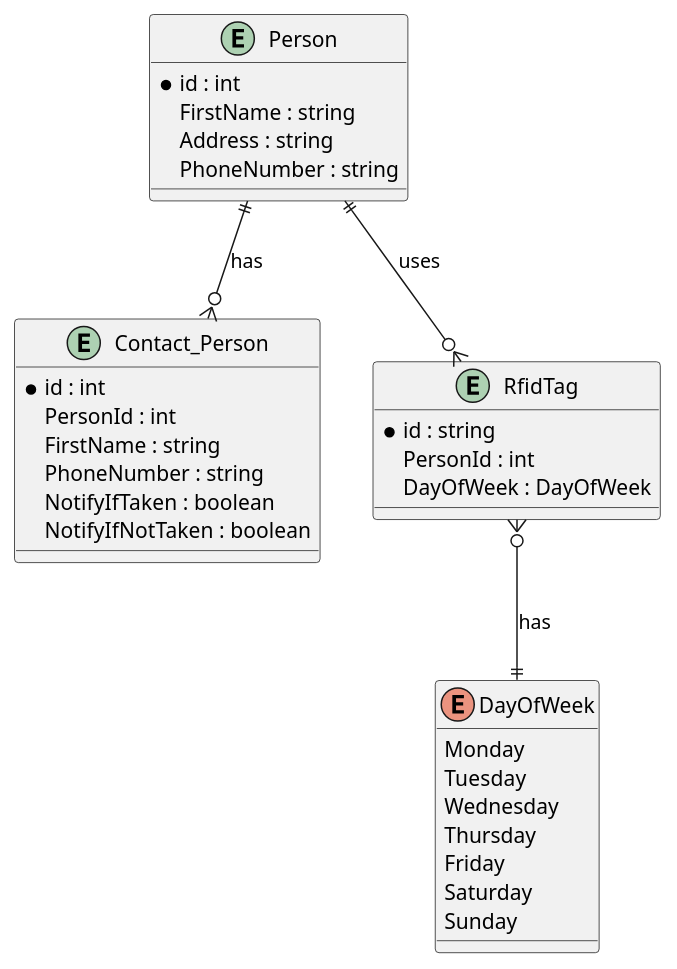
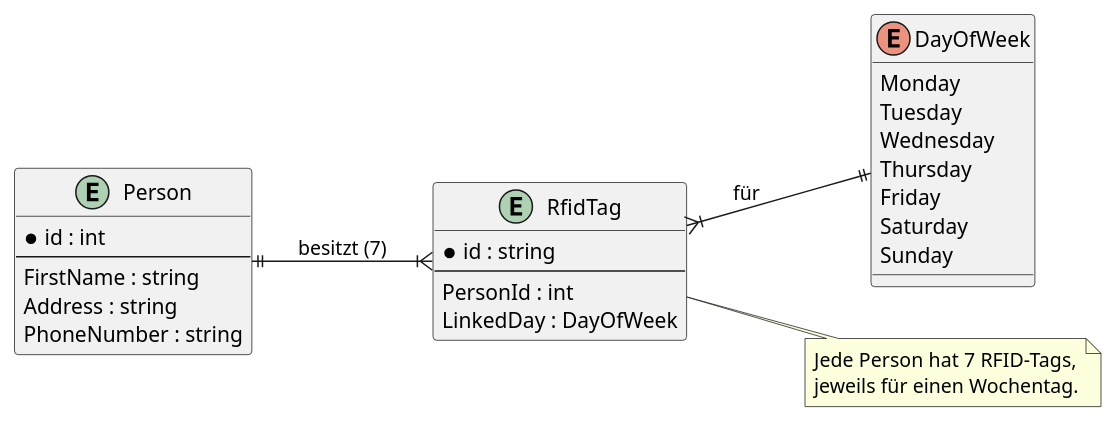
The diagram in asciidocs/docs/diagrams/erd.puml (2425-4chif-syp/01-projekte-2025-4chif-syp-cura), drawn with PlantUML before and after one commit.

Commit message:
docs: update erd (better look)

```diff
--- a/asciidocs/docs/diagrams/erd.puml
+++ b/asciidocs/docs/diagrams/erd.puml
@@ -1,39 +1,37 @@
 @startuml
+left to right direction
+
 entity "Person" as Person {
   *id : int
+  --
   FirstName : string
   Address : string
   PhoneNumber : string
 }
 
-entity "Contact_Person" as ContactPerson {
-  *id : int
+entity "RfidTag" as RFID {
+  *id : string
+  --
   PersonId : int
-  FirstName : string
-  PhoneNumber : string
-  NotifyIfTaken : boolean
-  NotifyIfNotTaken : boolean
+  LinkedDay : DayOfWeek
 }
 
-
-entity "RfidTag" as RFID {
-  *id : string
-  PersonId : int
-  DayOfWeek : DayOfWeek
-}
-
-enum DayOfWeek {
+enum "DayOfWeek" as DayOfWeek {
   Monday
   Tuesday
   Wednesday
   Thursday
   Friday
   Saturday
   Sunday
 }
 
-Person ||--o{ ContactPerson : "has"
-Person ||--o{ RFID : "uses"
-RFID }o--|| DayOfWeek : "has"
+' Beziehungen:
+Person ||--|{ RFID : "besitzt (7)"
+RFID }|--|| DayOfWeek : "für"
 
+note right of RFID
+  Jede Person hat 7 RFID-Tags,
+  jeweils für einen Wochentag.
+end note
 @enduml
```
